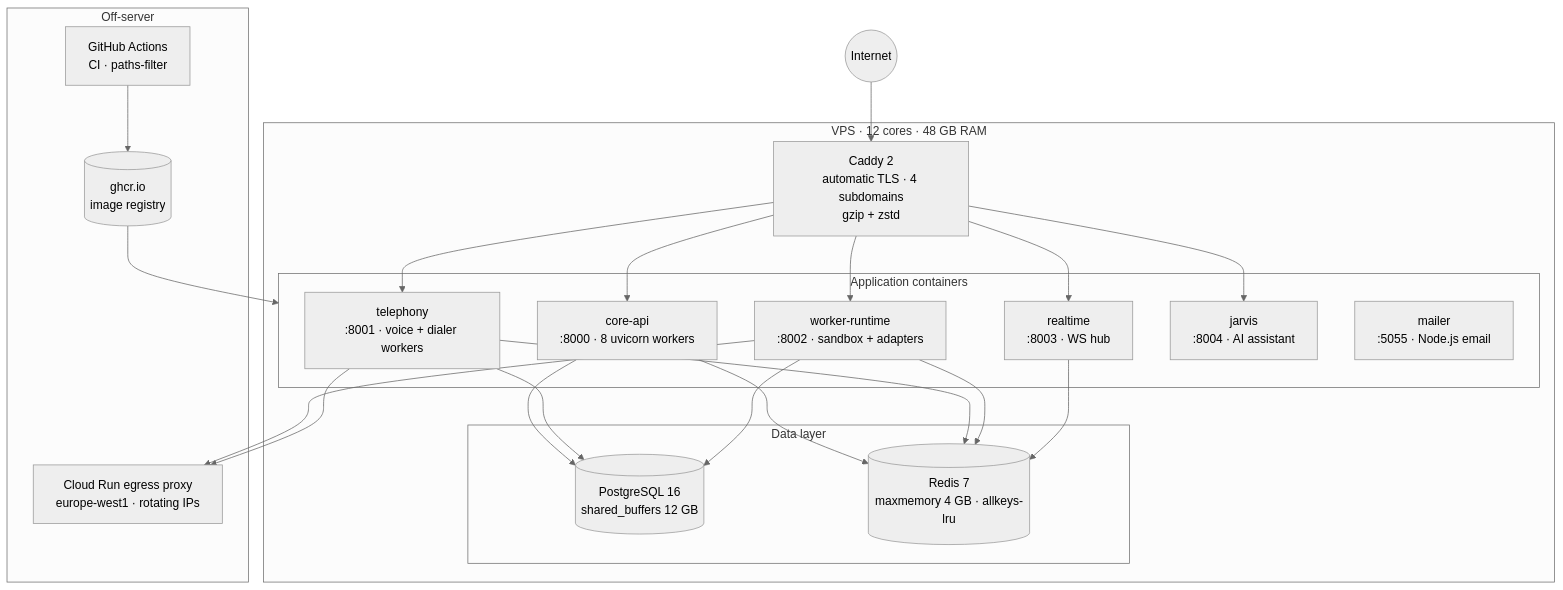
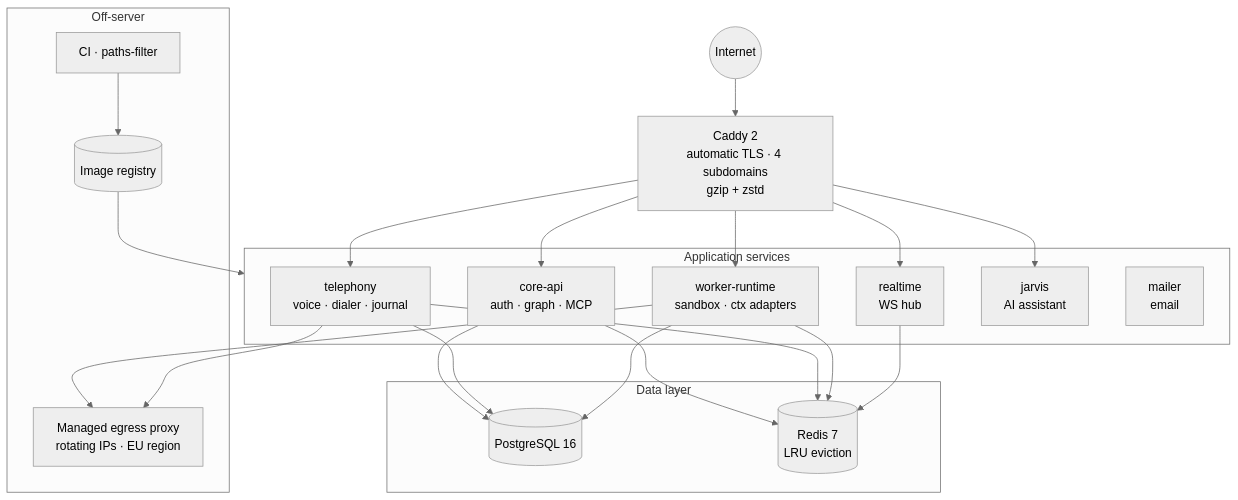
Before and after one commit to PinnacleDynamics/NodeGraph.io: the first of 3 diagrams in docs/architecture.md, drawn with Mermaid (neutral theme). The commit also changed other lines of this file and 4 other files, not shown here.

First line of the commit message:
Strip operational specifics — keep architectural insight

````diff
--- a/docs/architecture.md
+++ b/docs/architecture.md
@@ -13,48 +13,46 @@
 ```mermaid
 flowchart TB
     Internet((Internet))
 
-    subgraph Server["VPS · 12 cores · 48 GB RAM"]
-        Caddy[Caddy 2<br/>automatic TLS · 4 subdomains<br/>gzip + zstd]
+    Caddy[Caddy 2<br/>automatic TLS · 4 subdomains<br/>gzip + zstd]
 
-        subgraph Apps["Application containers"]
-            CoreAPI[core-api<br/>:8000 · 8 uvicorn workers]
-            Telephony[telephony<br/>:8001 · voice + dialer workers]
-            WorkerRT[worker-runtime<br/>:8002 · sandbox + adapters]
-            Realtime[realtime<br/>:8003 · WS hub]
-            Jarvis[jarvis<br/>:8004 · AI assistant]
-            Mailer[mailer<br/>:5055 · Node.js email]
-        end
+    subgraph Apps["Application services"]
+        CoreAPI[core-api<br/>auth · graph · MCP]
+        Telephony[telephony<br/>voice · dialer · journal]
+        WorkerRT[worker-runtime<br/>sandbox · ctx adapters]
+        Realtime[realtime<br/>WS hub]
+        Jarvis[jarvis<br/>AI assistant]
+        Mailer[mailer<br/>email]
+    end
 
-        subgraph Data["Data layer"]
-            PG[(PostgreSQL 16<br/>shared_buffers 12 GB)]
-            Redis[(Redis 7<br/>maxmemory 4 GB · allkeys-lru)]
-        end
+    subgraph Data["Data layer"]
+        PG[(PostgreSQL 16)]
+        Redis[(Redis 7<br/>LRU eviction)]
     end
 
     subgraph External["Off-server"]
-        CloudRun[Cloud Run egress proxy<br/>europe-west1 · rotating IPs]
-        GHCR[(ghcr.io<br/>image registry)]
-        GHA[GitHub Actions<br/>CI · paths-filter]
+        CloudRun[Managed egress proxy<br/>rotating IPs · EU region]
+        Registry[(Image registry)]
+        CI[CI · paths-filter]
     end
 
     Internet --> Caddy
     Caddy --> CoreAPI
     Caddy --> Telephony
     Caddy --> WorkerRT
     Caddy --> Realtime
     Caddy --> Jarvis
 
     CoreAPI --> PG
     Telephony --> PG
     WorkerRT --> PG
     CoreAPI --> Redis
     Telephony --> Redis
     WorkerRT --> Redis
     Realtime --> Redis
 
     WorkerRT --> CloudRun
     Telephony --> CloudRun
 
-    GHA --> GHCR --> Apps
+    CI --> Registry --> Apps
 ```
````
